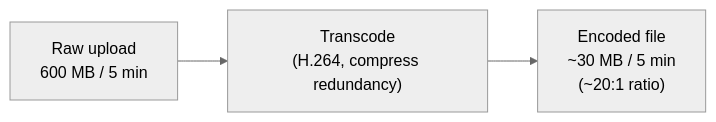
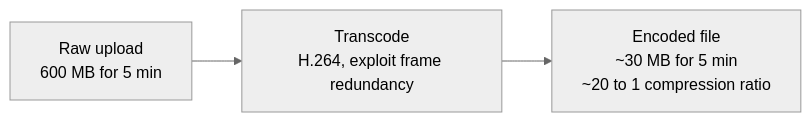
Before and after one commit to riyaz-pasha/Learnings: the second of 25 diagrams in system-design/HLD/0-course/26-Design YouTube-FAANG-Guide-story.md, drawn with Mermaid (neutral theme). The commit also changed other lines of this file and 1 other file, not shown here.

Commit message:
docs: simplify language and clean up mermaid diagrams in YouTube design guide

````diff
--- a/system-design/HLD/0-course/26-Design YouTube-FAANG-Guide-story.md
+++ b/system-design/HLD/0-course/26-Design YouTube-FAANG-Guide-story.md
@@ -40,5 +96,8 @@
 ```mermaid
 flowchart LR
-    Raw["Raw upload\n600 MB / 5 min"] --> Enc["Transcode\n(H.264, compress redundancy)"]
-    Enc --> Out["Encoded file\n~30 MB / 5 min\n(~20:1 ratio)"]
+    Raw["Raw upload\n600 MB for 5 min"]
+    Enc["Transcode\nH.264, exploit frame redundancy"]
+    Out["Encoded file\n~30 MB for 5 min\n~20 to 1 compression ratio"]
+
+    Raw --> Enc --> Out
 ```
````
